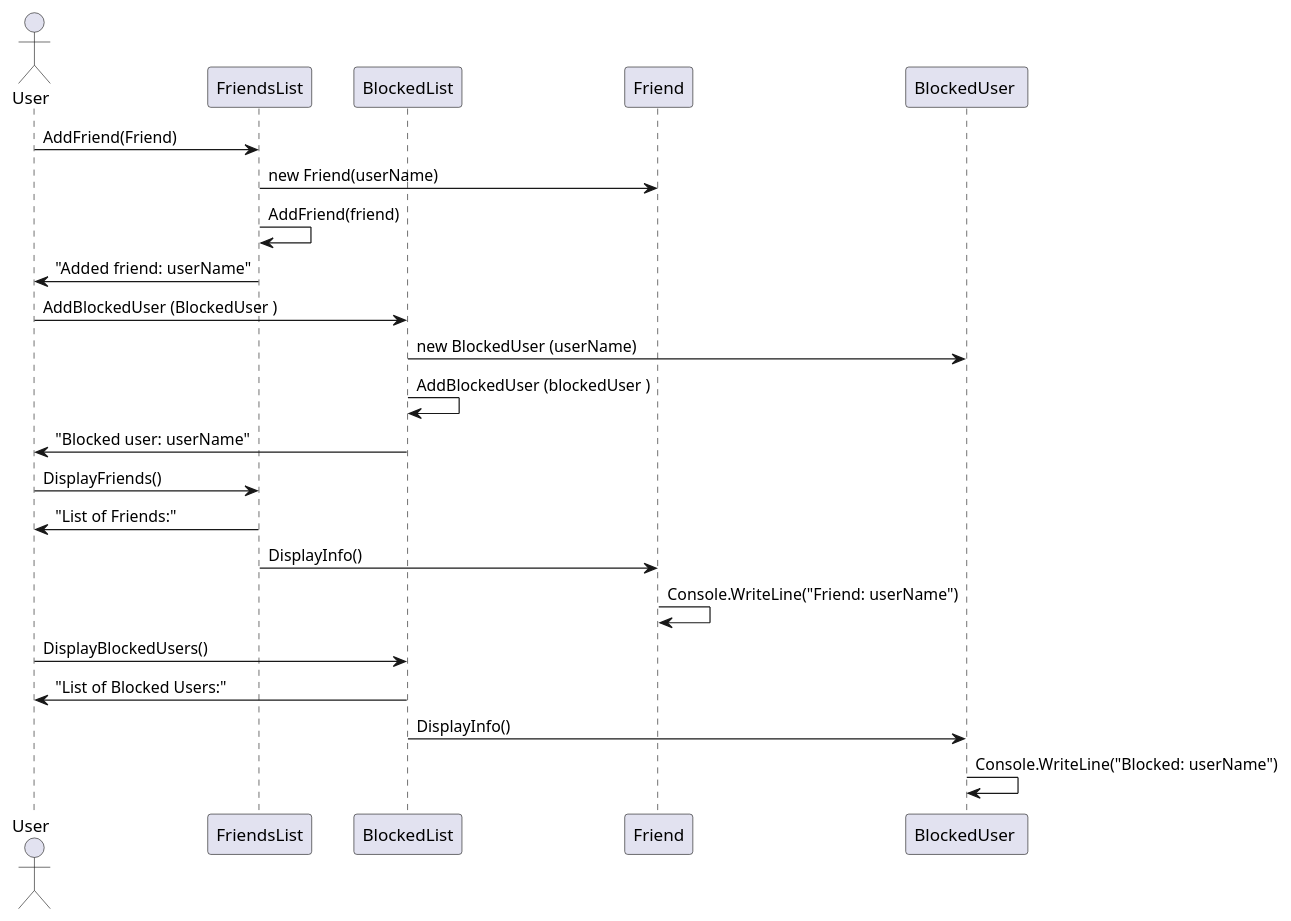
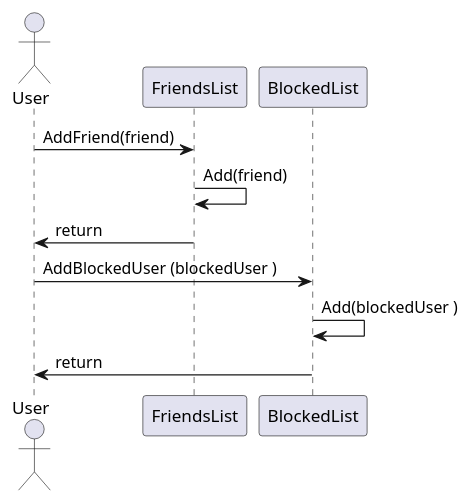
The diagram in Прецеденты/Добавление в друзья или черный список/Диаграмма последовательности.md (penamarth/bsbo-02-22_team2_var5), drawn with PlantUML before and after one commit.

Commit message:
Update Диаграмма последовательности.md

````diff
--- a/Прецеденты/Добавление в друзья или черный список/Диаграмма последовательности.md
+++ b/Прецеденты/Добавление в друзья или черный список/Диаграмма последовательности.md
@@ -1,31 +1,16 @@
 ```plantuml
 @startuml
 actor User
+participant "FriendsList" as Friends
+participant "BlockedList" as Blocked
 
-participant "FriendsList" as FL
-participant "BlockedList" as BL
-participant "Friend" as F
-participant "BlockedUser " as BU
+User  -> Friends : AddFriend(friend)
+Friends -> Friends : Add(friend)
+Friends -> User : return
 
-User  -> FL : AddFriend(Friend)
-FL -> F : new Friend(userName)
-FL -> FL : AddFriend(friend)
-FL -> User : "Added friend: userName"
-
-User  -> BL : AddBlockedUser (BlockedUser )
-BL -> BU : new BlockedUser (userName)
-BL -> BL : AddBlockedUser (blockedUser )
-BL -> User : "Blocked user: userName"
-
-User  -> FL : DisplayFriends()
-FL -> User : "List of Friends:"
-FL -> F : DisplayInfo()
-F -> F : Console.WriteLine("Friend: userName")
-
-User  -> BL : DisplayBlockedUsers()
-BL -> User : "List of Blocked Users:"
-BL -> BU : DisplayInfo()
-BU -> BU : Console.WriteLine("Blocked: userName")
+User  -> Blocked : AddBlockedUser (blockedUser )
+Blocked -> Blocked : Add(blockedUser )
+Blocked -> User : return
 @enduml
 
 ```
````
